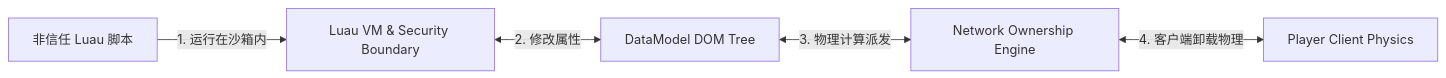
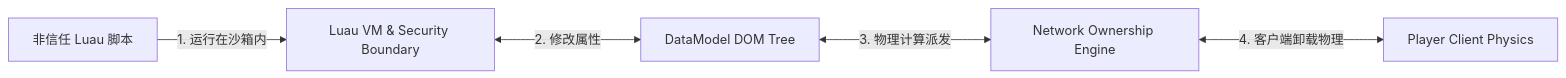
Before and after one commit to koosai/AI-Architect-Learning: the third of 6 diagrams in docs/atlas/roblox.mdx, drawn with Mermaid. The commit also changed other lines of this file and 68 other files, not shown here.

Commit message:
fix(atlas): fix browser client-side Mermaid rendering for mindmaps and flowcharts across 67 case studies

````diff
--- a/docs/atlas/roblox.mdx
+++ b/docs/atlas/roblox.mdx
@@ -113,7 +113,7 @@
 ```mermaid
 graph LR
   UGCCode["非信任 Luau 脚本"] -->|1. 运行在沙箱内| LuauVM["Luau VM & Security Boundary"]
-  LuauVM <-->|2. 修改属性| DataModel["DataModel DOM Tree"]
-  DataModel <-->|3. 物理计算派发| NetworkOwnership["Network Ownership Engine"]
-  NetworkOwnership <-->|4. 客户端卸载物理| ClientGPU["Player Client Physics"]
+  LuauVM <--->|2. 修改属性| DataModel["DataModel DOM Tree"]
+  DataModel <--->|3. 物理计算派发| NetworkOwnership["Network Ownership Engine"]
+  NetworkOwnership <--->|4. 客户端卸载物理| ClientGPU["Player Client Physics"]
 ```
````
